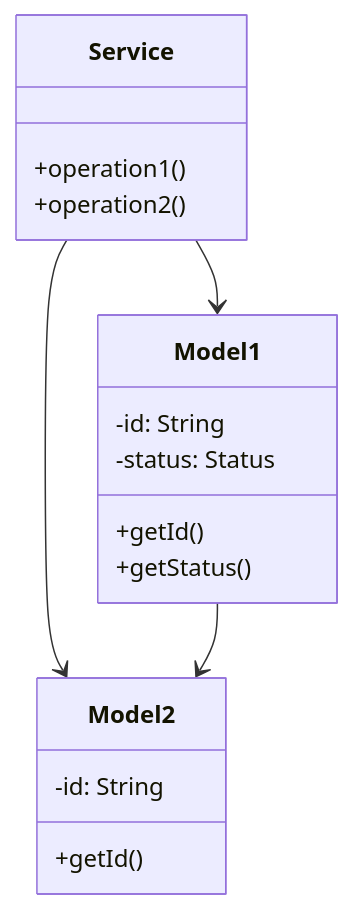
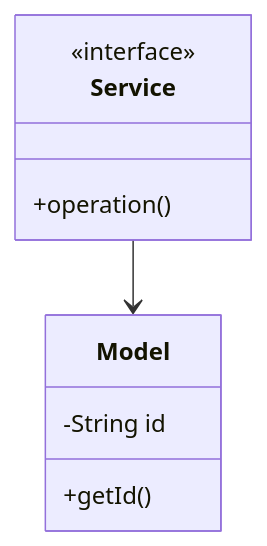
Before and after one commit to dlkr18/lld-playbook: the diagram in docs/problems/amazon/README.md, drawn with Mermaid. The commit also changed other lines of this file and 68 other files, not shown here.

First line of the commit message:
🎨 Add PNG Class Diagrams for All 23 Systems

````diff
--- a/docs/problems/amazon/README.md
+++ b/docs/problems/amazon/README.md
@@ -78,23 +83,12 @@
 ```mermaid
 classDiagram
     class Service {
-        +operation1()
-        +operation2()
+        <<interface>>
+        +operation()
     }
-    
-    class Model1 {
-        -id: String
-        -status: Status
-        +getId()
-        +getStatus()
-    }
-    
-    class Model2 {
-        -id: String
+    class Model {
+        -String id
         +getId()
     }
-    
-    Service --> Model1
-    Service --> Model2
-    Model1 --> Model2
+    Service --> Model
 ```
````
